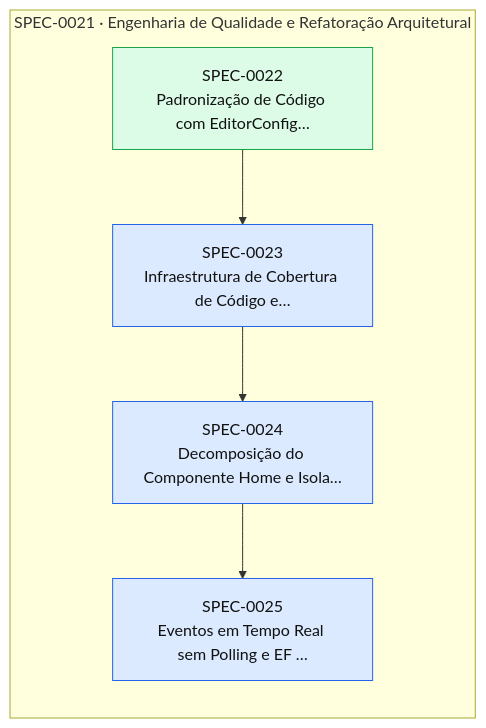
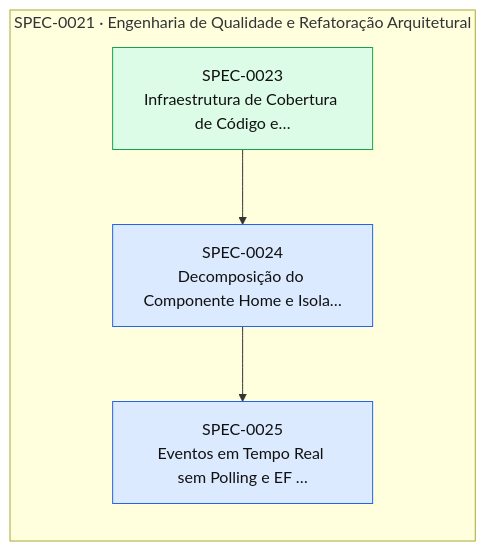
Before and after one commit to thomasravache/jogo-da-velha-multiplayer: the diagram in docs/specs/INDEX.md, drawn with Mermaid. The commit also changed other lines of this file and 1 other file, not shown here.

First line of the commit message:
docs(specs): fechar SPEC-0023 (infraestrutura de cobertura e testes com bUnit)

````diff
--- a/docs/specs/INDEX.md
+++ b/docs/specs/INDEX.md
@@ -36,17 +35,15 @@
 ```mermaid
 flowchart LR
   subgraph E0021["SPEC-0021 · Engenharia de Qualidade e Refatoração Arquitetural"]
-    S0022["SPEC-0022<br/>Padronização de Código com EditorConfig…"]:::implemented
-    S0023["SPEC-0023<br/>Infraestrutura de Cobertura de Código e…"]:::approved
+    S0023["SPEC-0023<br/>Infraestrutura de Cobertura de Código e…"]:::implemented
     S0024["SPEC-0024<br/>Decomposição do Componente Home e Isola…"]:::approved
     S0025["SPEC-0025<br/>Eventos em Tempo Real sem Polling e EF …"]:::approved
   end
-  S0022 --> S0023
   S0023 --> S0024
   S0024 --> S0025
   classDef proposed fill:#fef3c7,stroke:#d97706,color:#111
   classDef approved fill:#dbeafe,stroke:#2563eb,color:#111
   classDef inprogress fill:#ede9fe,stroke:#7c3aed,color:#111
   classDef implemented fill:#dcfce7,stroke:#16a34a,color:#111
   classDef deprecated fill:#f3f4f6,stroke:#9ca3af,color:#6b7280
 ```
````
